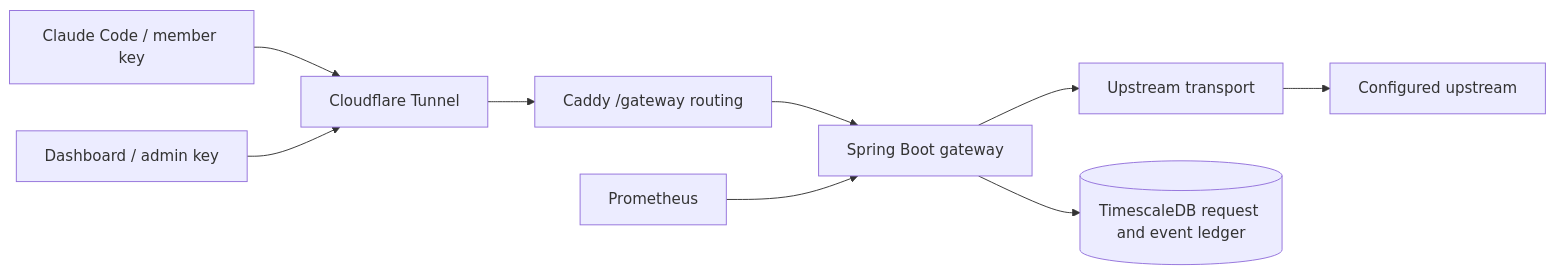
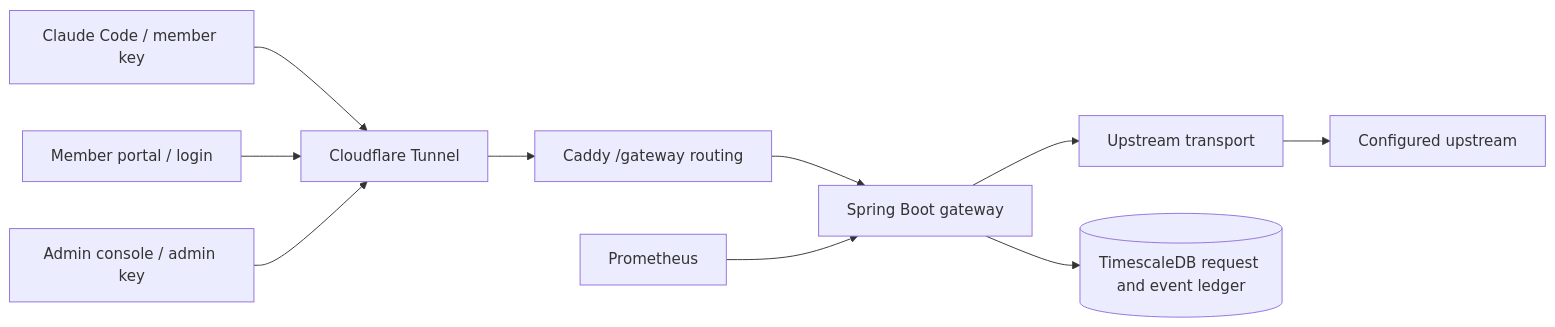
One commit to vimalkryadav/subscription-meter changed the diagram in README.md. Above: the diagram before and after it, drawn with Mermaid. The commit also changed other lines of this file and 30 other files, not shown here.

Commit message:
Add member login, access approvals and self-service platform tokens

````diff
--- a/README.md
+++ b/README.md
@@ -9,11 +9,12 @@
 ```mermaid
 flowchart LR
     C[Claude Code / member key] --> T[Cloudflare Tunnel]
     T --> E[Caddy /gateway routing]
     E --> G[Spring Boot gateway]
     G --> U[Upstream transport]
     U --> A[Configured upstream]
     G --> D[(TimescaleDB request and event ledger)]
     P[Prometheus] --> G
-    B[Dashboard / admin key] --> T
+    B[Member portal / login] --> T
+    M[Admin console / admin key] --> T
 ```
````
